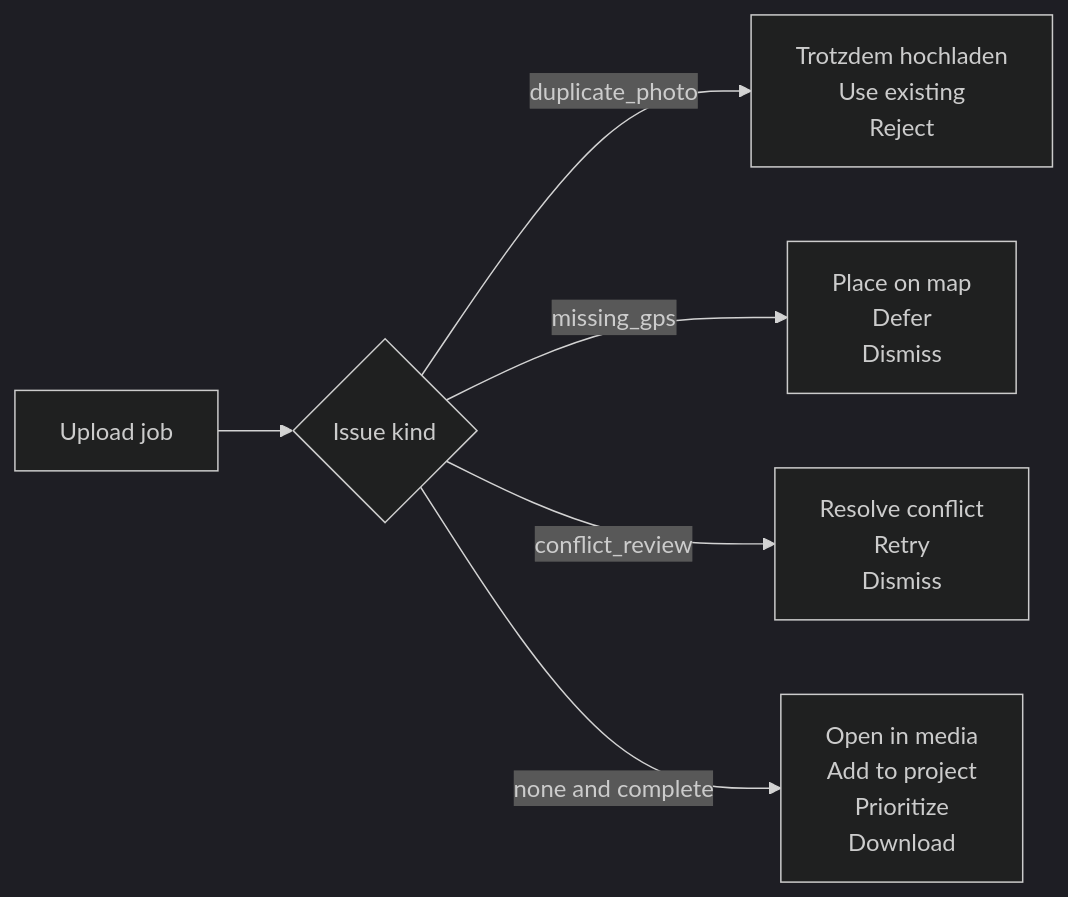
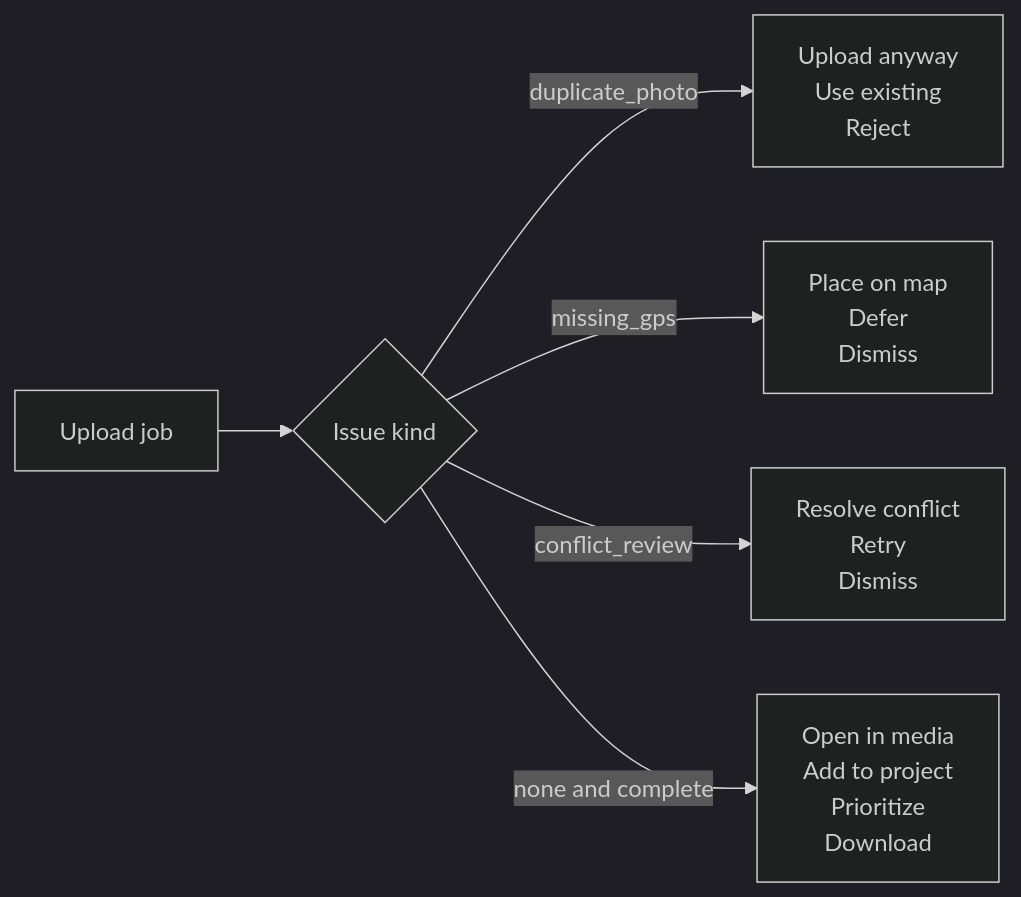
The third of 4 diagrams in docs/element-specs/upload-manager.md (matkleve/feldpost), drawn with Mermaid (dark theme) before and after one commit. The commit also changed other lines of this file and 22 other files, not shown here.

````diff
--- a/docs/element-specs/upload-manager.md
+++ b/docs/element-specs/upload-manager.md
@@ -91,8 +118,8 @@
 ```mermaid
 flowchart LR
   A[Upload job] --> B{Issue kind}
-  B -->|duplicate_photo| C[Trotzdem hochladen<br/>Use existing<br/>Reject]
+  B -->|duplicate_photo| C[Upload anyway<br/>Use existing<br/>Reject]
   B -->|missing_gps| D[Place on map<br/>Defer<br/>Dismiss]
   B -->|conflict_review| E[Resolve conflict<br/>Retry<br/>Dismiss]
   B -->|none and complete| F[Open in media<br/>Add to project<br/>Prioritize<br/>Download]
 ```
````
